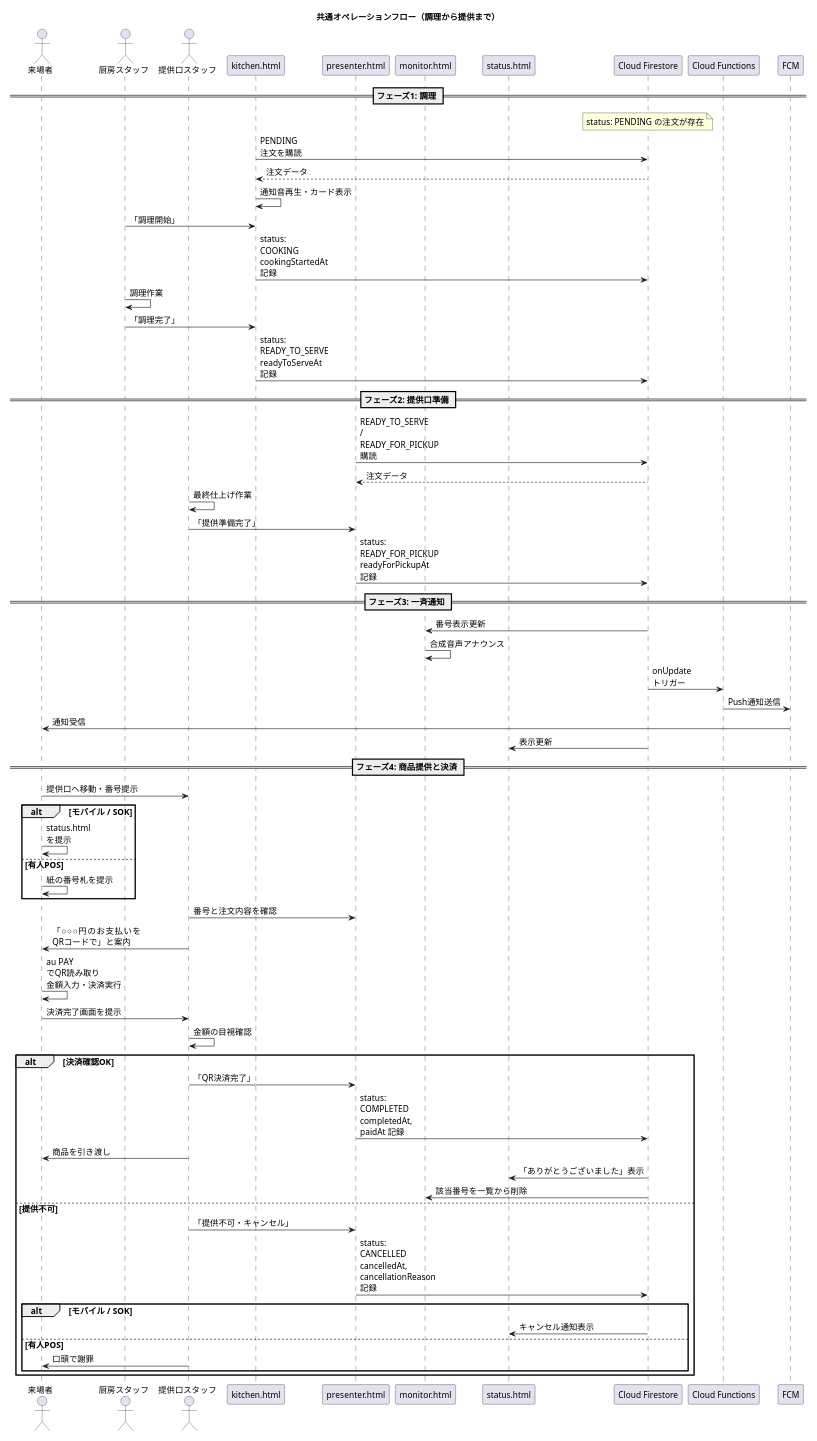
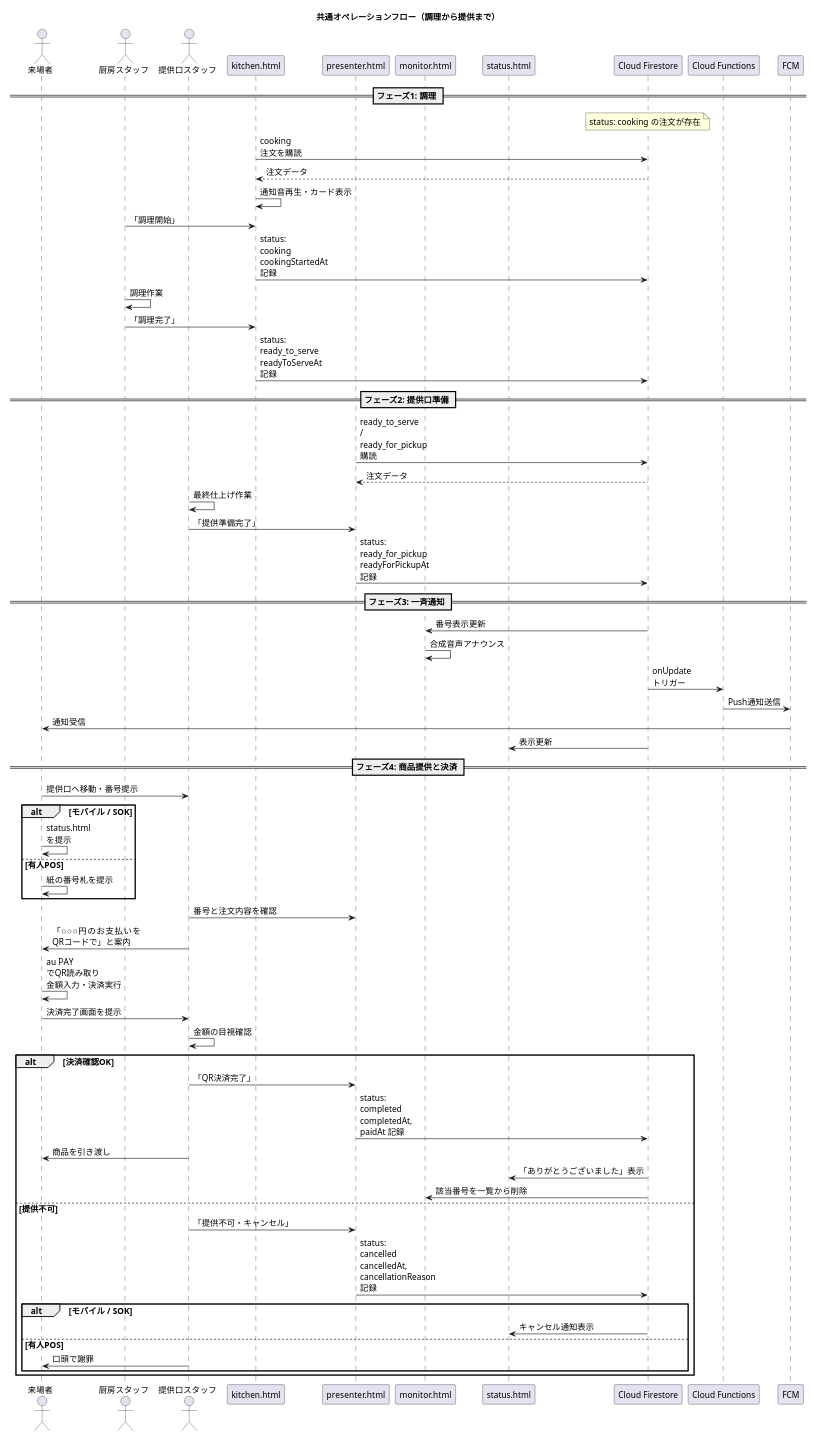
Diagram 14 of 17 in 設計図/南陵祭2026 POS・モバイルオーダーシステム 設計計画書.md (ynr-cs/nanryosai2026), drawn with PlantUML before and after one commit. The commit also changed other lines of this file and 2 other files, not shown here.

Commit message:
chore: configure markdown-preview-enhanced to use Kroki PlantUML server

```diff
--- a/設計図/南陵祭2026 POS・モバイルオーダーシステム 設計計画書.md
+++ b/設計図/南陵祭2026 POS・モバイルオーダーシステム 設計計画書.md
@@ -3612,27 +3600,27 @@
 participant "FCM" as FCM
 
 == フェーズ1: 調理 ==
-note over Firestore: status: PENDING の注文が存在
-Kitchen -> Firestore: PENDING 注文を購読
+note over Firestore: status: cooking の注文が存在
+Kitchen -> Firestore: cooking 注文を購読
 Firestore --> Kitchen: 注文データ
 Kitchen -> Kitchen: 通知音再生・カード表示
 
 KitchenStaff -> Kitchen: 「調理開始」
-Kitchen -> Firestore: status: COOKING\ncookingStartedAt 記録
+Kitchen -> Firestore: status: cooking\ncookingStartedAt 記録
 
 KitchenStaff -> KitchenStaff: 調理作業
 
 KitchenStaff -> Kitchen: 「調理完了」
-Kitchen -> Firestore: status: READY_TO_SERVE\nreadyToServeAt 記録
+Kitchen -> Firestore: status: ready_to_serve\nreadyToServeAt 記録
 
 == フェーズ2: 提供口準備 ==
-Presenter -> Firestore: READY_TO_SERVE / READY_FOR_PICKUP 購読
+Presenter -> Firestore: ready_to_serve / ready_for_pickup 購読
 Firestore --> Presenter: 注文データ
 
 PresenterStaff -> PresenterStaff: 最終仕上げ作業
 
 PresenterStaff -> Presenter: 「提供準備完了」
-Presenter -> Firestore: status: READY_FOR_PICKUP\nreadyForPickupAt 記録
+Presenter -> Firestore: status: ready_for_pickup\nreadyForPickupAt 記録
 
 == フェーズ3: 一斉通知 ==
 Firestore -> Monitor: 番号表示更新
@@ -3661,13 +3649,13 @@
 
 alt 決済確認OK
     PresenterStaff -> Presenter: 「QR決済完了」
-    Presenter -> Firestore: status: COMPLETED\ncompletedAt, paidAt 記録
+    Presenter -> Firestore: status: completed\ncompletedAt, paidAt 記録
     PresenterStaff -> Visitor: 商品を引き渡し
     Firestore -> Status: 「ありがとうございました」表示
     Firestore -> Monitor: 該当番号を一覧から削除
 else 提供不可
     PresenterStaff -> Presenter: 「提供不可・キャンセル」
-    Presenter -> Firestore: status: CANCELLED\ncancelledAt, cancellationReason 記録
+    Presenter -> Firestore: status: cancelled\ncancelledAt, cancellationReason 記録
     
     alt モバイル / SOK
         Firestore -> Status: キャンセル通知表示
```
